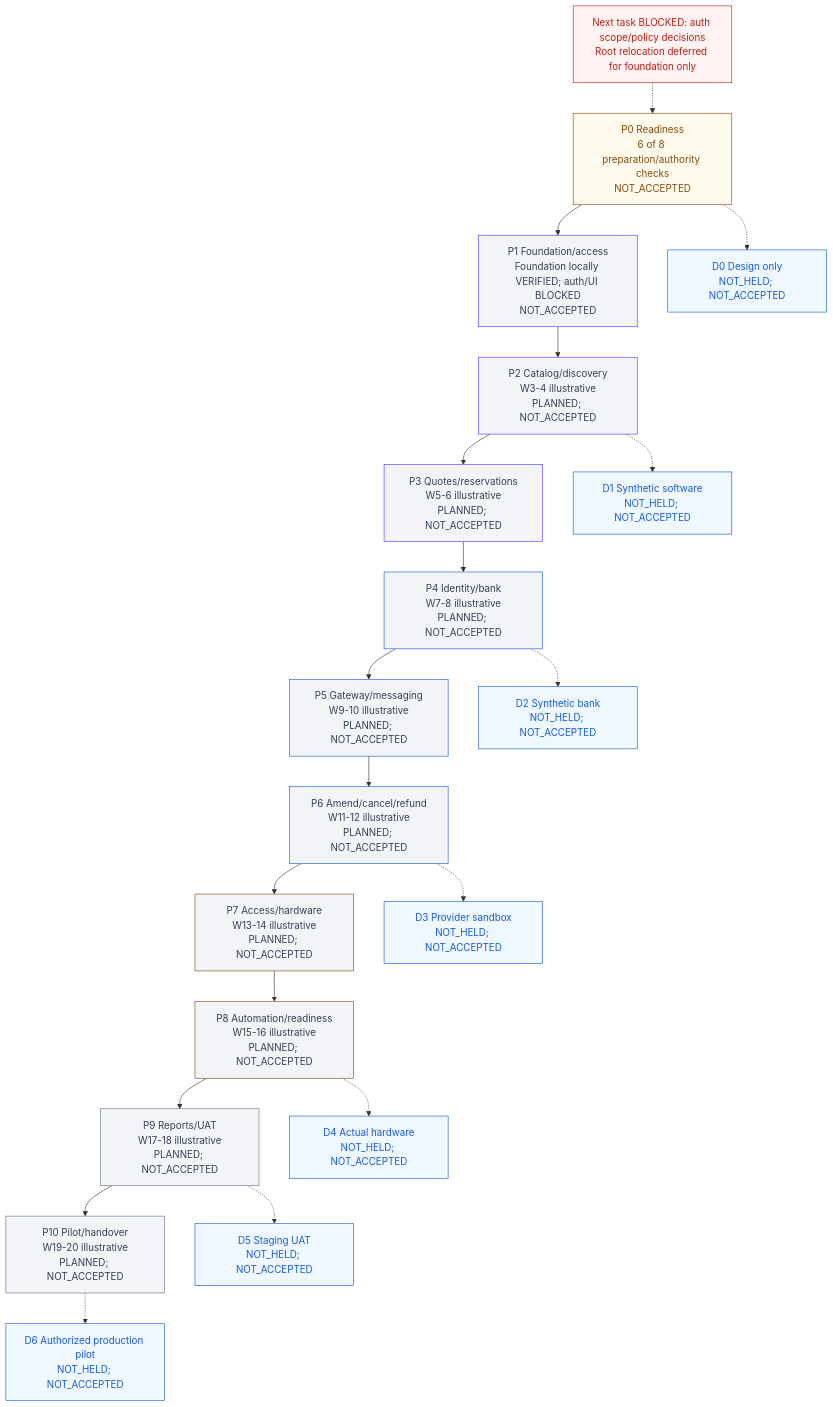
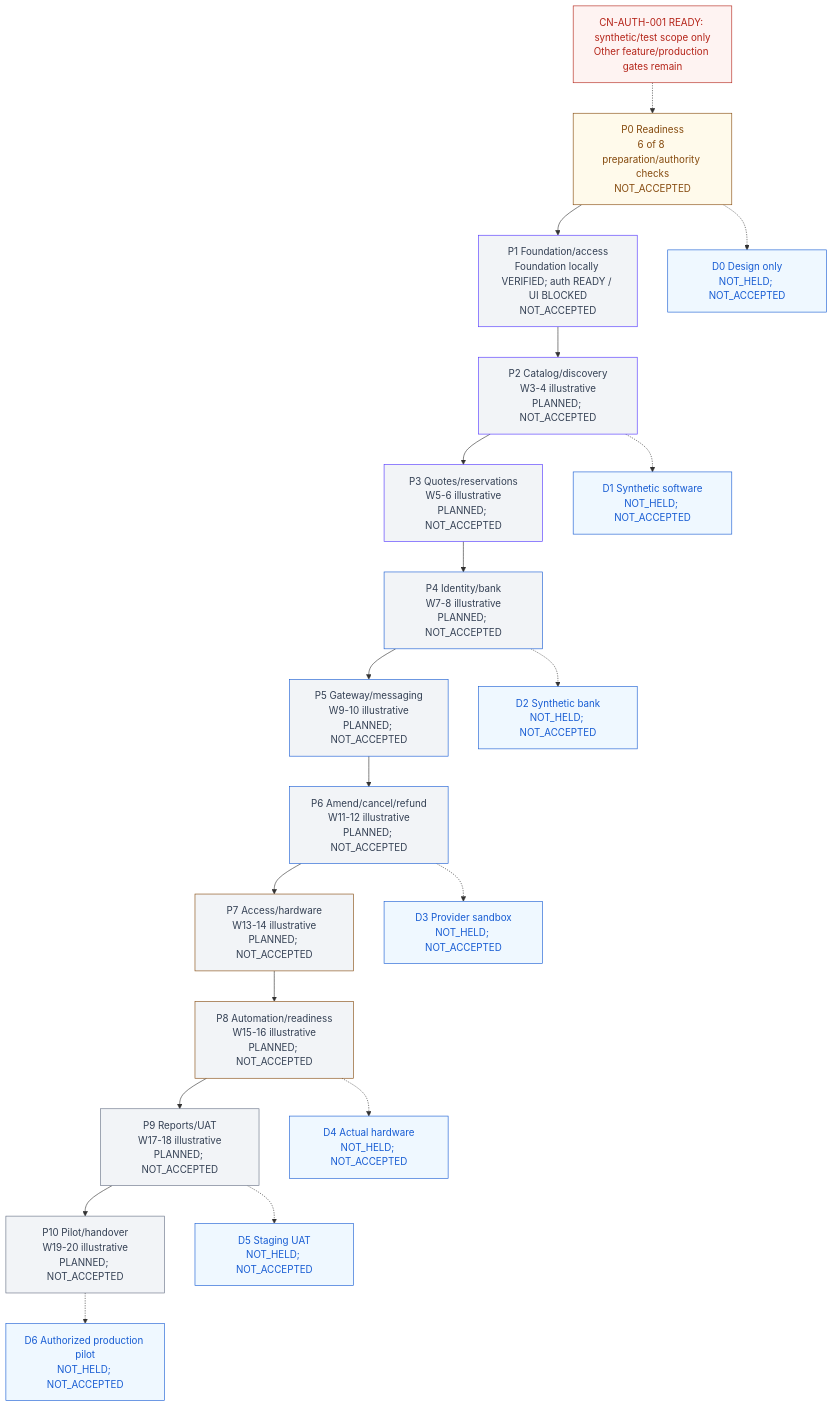
One commit to Hasitha3513/Theater-Project changed the diagram in knowledge/PROGRESS.md. Above: the diagram before and after it, drawn with Mermaid. The commit also changed other lines of this file and 9 other files, not shown here.

Commit message:
docs: approve bounded CN-AUTH-001 policy and readiness

````diff
--- a/knowledge/PROGRESS.md
+++ b/knowledge/PROGRESS.md
@@ -206,45 +221,45 @@
 ```mermaid
 flowchart TB
-  G["Next task BLOCKED: auth scope/policy decisions<br/>Root relocation deferred for foundation only"]
+  G["CN-AUTH-001 READY: synthetic/test scope only<br/>Other feature/production gates remain"]
   P0["P0 Readiness<br/>6 of 8 preparation/authority checks<br/>NOT_ACCEPTED"]
-  P1["P1 Foundation/access<br/>Foundation locally VERIFIED; auth/UI BLOCKED<br/>NOT_ACCEPTED"]
+  P1["P1 Foundation/access<br/>Foundation locally VERIFIED; auth READY / UI BLOCKED<br/>NOT_ACCEPTED"]
   P2["P2 Catalog/discovery<br/>W3-4 illustrative<br/>PLANNED; NOT_ACCEPTED"]
   P3["P3 Quotes/reservations<br/>W5-6 illustrative<br/>PLANNED; NOT_ACCEPTED"]
   P4["P4 Identity/bank<br/>W7-8 illustrative<br/>PLANNED; NOT_ACCEPTED"]
   P5["P5 Gateway/messaging<br/>W9-10 illustrative<br/>PLANNED; NOT_ACCEPTED"]
   P6["P6 Amend/cancel/refund<br/>W11-12 illustrative<br/>PLANNED; NOT_ACCEPTED"]
   P7["P7 Access/hardware<br/>W13-14 illustrative<br/>PLANNED; NOT_ACCEPTED"]
   P8["P8 Automation/readiness<br/>W15-16 illustrative<br/>PLANNED; NOT_ACCEPTED"]
   P9["P9 Reports/UAT<br/>W17-18 illustrative<br/>PLANNED; NOT_ACCEPTED"]
   P10["P10 Pilot/handover<br/>W19-20 illustrative<br/>PLANNED; NOT_ACCEPTED"]
   G -.-> P0
   P0 --> P1 --> P2 --> P3 --> P4 --> P5 --> P6 --> P7 --> P8 --> P9 --> P10
   D0["D0 Design only<br/>NOT_HELD; NOT_ACCEPTED"]
   D1["D1 Synthetic software<br/>NOT_HELD; NOT_ACCEPTED"]
   D2["D2 Synthetic bank<br/>NOT_HELD; NOT_ACCEPTED"]
   D3["D3 Provider sandbox<br/>NOT_HELD; NOT_ACCEPTED"]
   D4["D4 Actual hardware<br/>NOT_HELD; NOT_ACCEPTED"]
   D5["D5 Staging UAT<br/>NOT_HELD; NOT_ACCEPTED"]
   D6["D6 Authorized production pilot<br/>NOT_HELD; NOT_ACCEPTED"]
   P0 -.-> D0
   P2 -.-> D1
   P4 -.-> D2
   P6 -.-> D3
   P8 -.-> D4
   P9 -.-> D5
   P10 -.-> D6
   classDef readiness fill:#FFFAEB,color:#854A0E,stroke:#854A0E;
   classDef foundation fill:#F2F4F7,color:#344054,stroke:#5135FF;
   classDef financial fill:#F2F4F7,color:#344054,stroke:#175CD3;
   classDef physical fill:#F2F4F7,color:#344054,stroke:#854A0E;
   classDef release fill:#F2F4F7,color:#344054,stroke:#667085;
   classDef blocked fill:#FEF3F2,color:#B42318,stroke:#B42318;
   classDef demo fill:#EFF8FF,color:#175CD3,stroke:#175CD3;
   class P0 readiness;
   class P1,P2,P3 foundation;
   class P4,P5,P6 financial;
   class P7,P8 physical;
   class P9,P10 release;
   class G blocked;
   class D0,D1,D2,D3,D4,D5,D6 demo;
 ```
````
